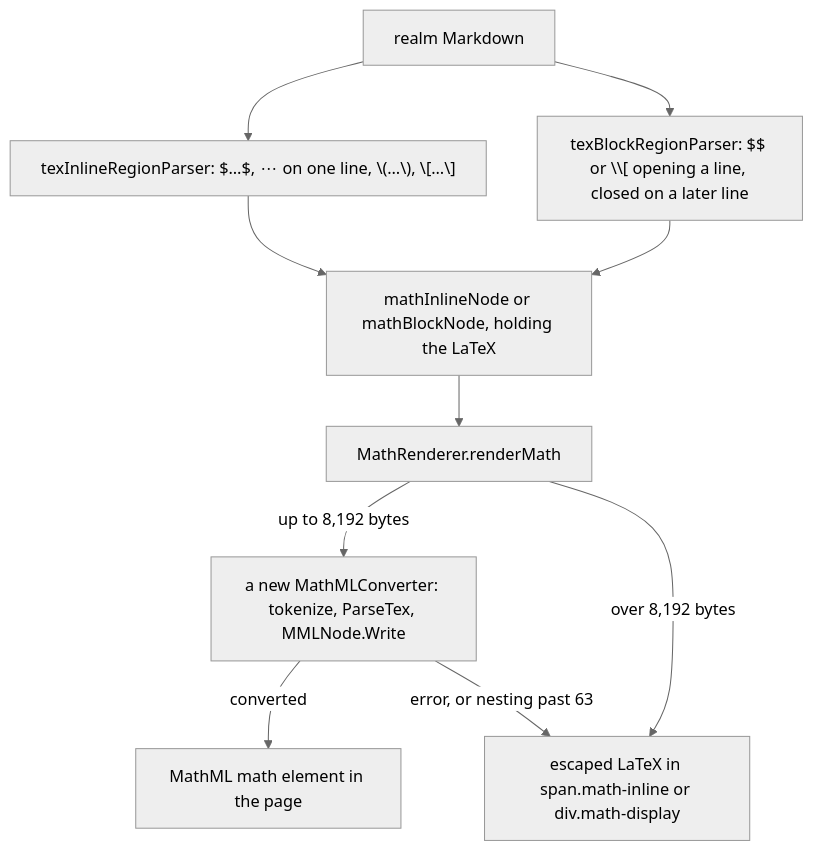
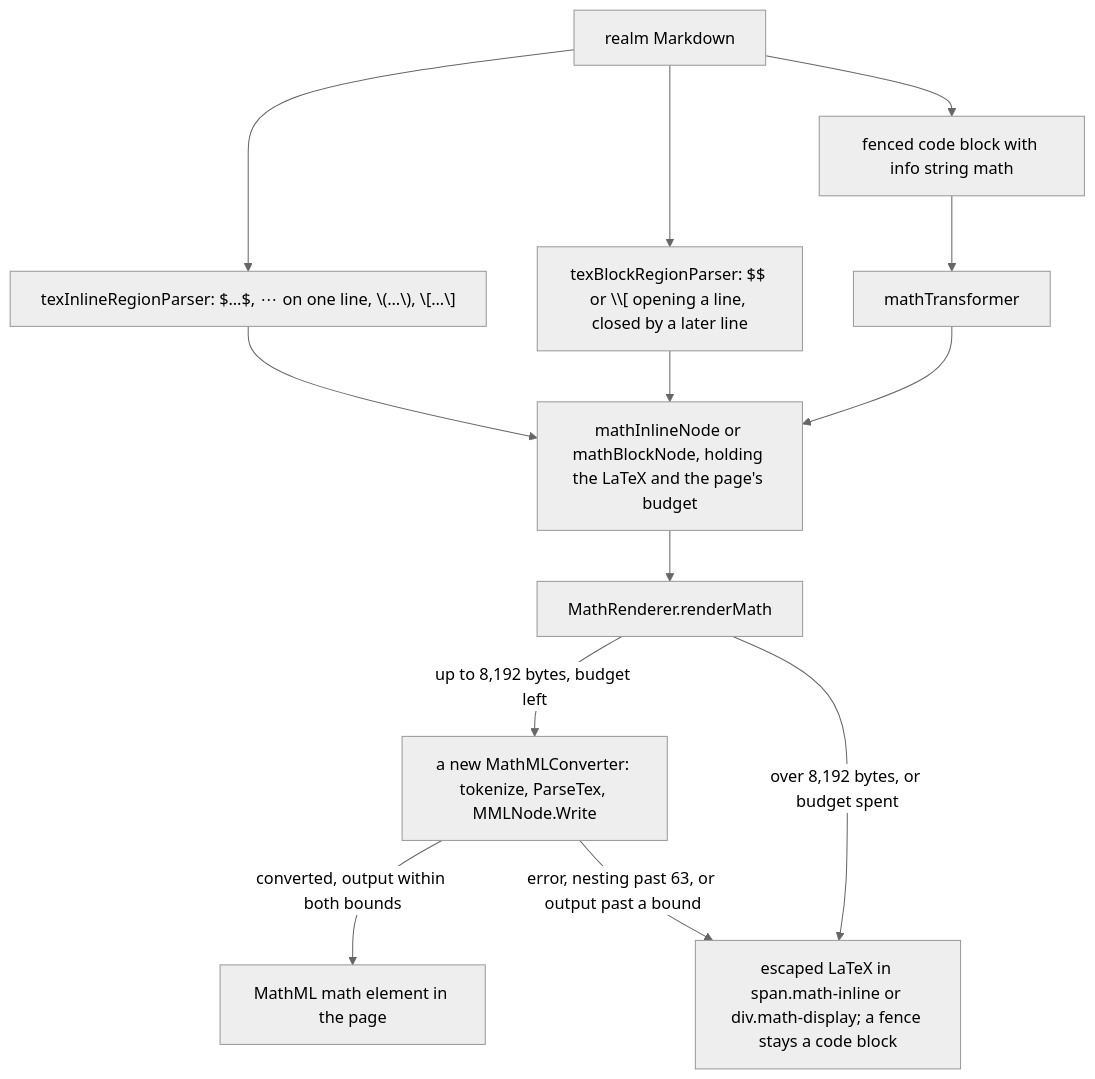
The diagram in reviews/pr/4xxx/4879-gnoweb-math-extension/overview.md (samouraiworld/gno-agent-workspace), drawn with Mermaid (neutral theme) before and after one commit. The commit also changed other lines of this file and 27 other files, not shown here.

````diff
--- a/reviews/pr/4xxx/4879-gnoweb-math-extension/overview.md
+++ b/reviews/pr/4xxx/4879-gnoweb-math-extension/overview.md
@@ -78,12 +83,15 @@
 ```mermaid
 flowchart TD
   MD["realm Markdown"] --> IP["texInlineRegionParser: $…$, $$…$$ on one line, \\(…\\), \\[…\\]"]
-  MD --> BP["texBlockRegionParser: $$ or \\[ opening a line, closed on a later line"]
-  IP --> N["mathInlineNode or mathBlockNode, holding the LaTeX"]
+  MD --> BP["texBlockRegionParser: $$ or \\[ opening a line, closed by a later line"]
+  MD --> FC["fenced code block with info string math"]
+  FC --> TR["mathTransformer"]
+  IP --> N["mathInlineNode or mathBlockNode, holding the LaTeX and the page's budget"]
   BP --> N
+  TR --> N
   N --> R["MathRenderer.renderMath"]
-  R -- "up to 8,192 bytes" --> C["a new MathMLConverter: tokenize, ParseTex, MMLNode.Write"]
-  R -- "over 8,192 bytes" --> FB["escaped LaTeX in span.math-inline or div.math-display"]
-  C -- "converted" --> OUT["MathML math element in the page"]
-  C -- "error, or nesting past 63" --> FB
+  R -- "up to 8,192 bytes, budget left" --> C["a new MathMLConverter: tokenize, ParseTex, MMLNode.Write"]
+  R -- "over 8,192 bytes, or budget spent" --> FB["escaped LaTeX in span.math-inline or div.math-display; a fence stays a code block"]
+  C -- "converted, output within both bounds" --> OUT["MathML math element in the page"]
+  C -- "error, nesting past 63, or output past a bound" --> FB
 ```
````
